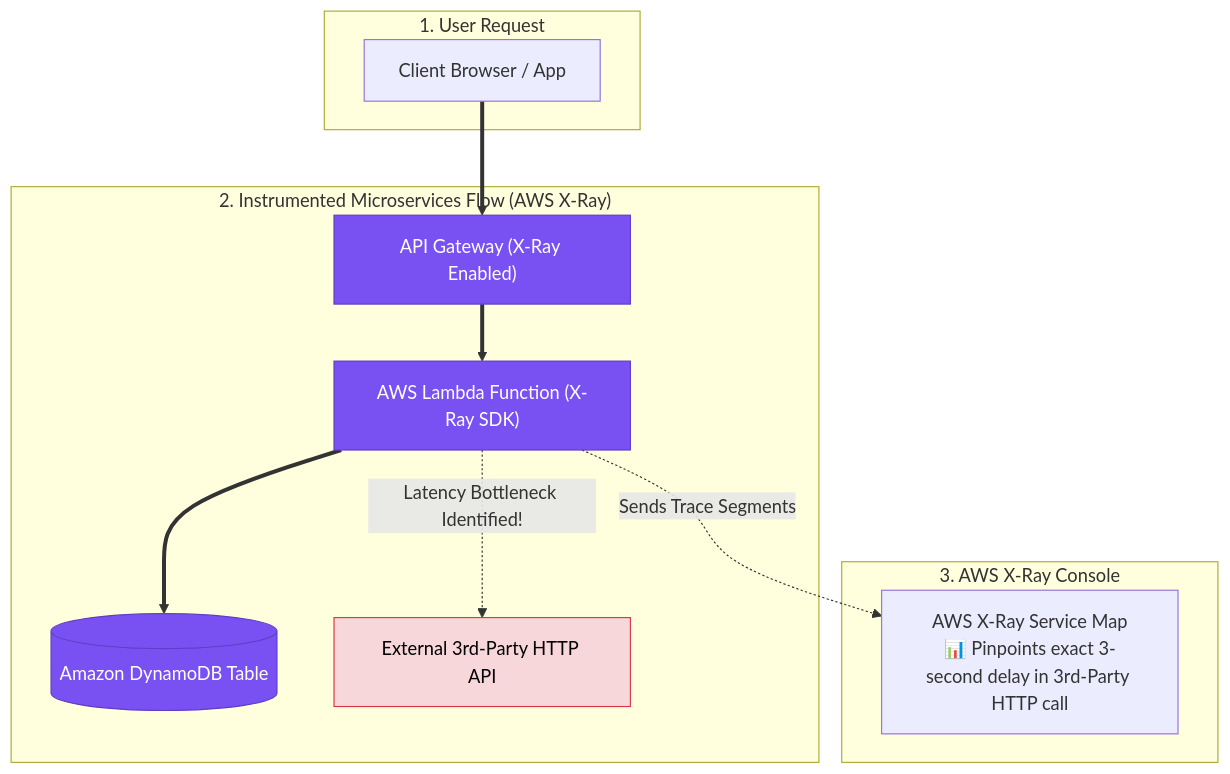
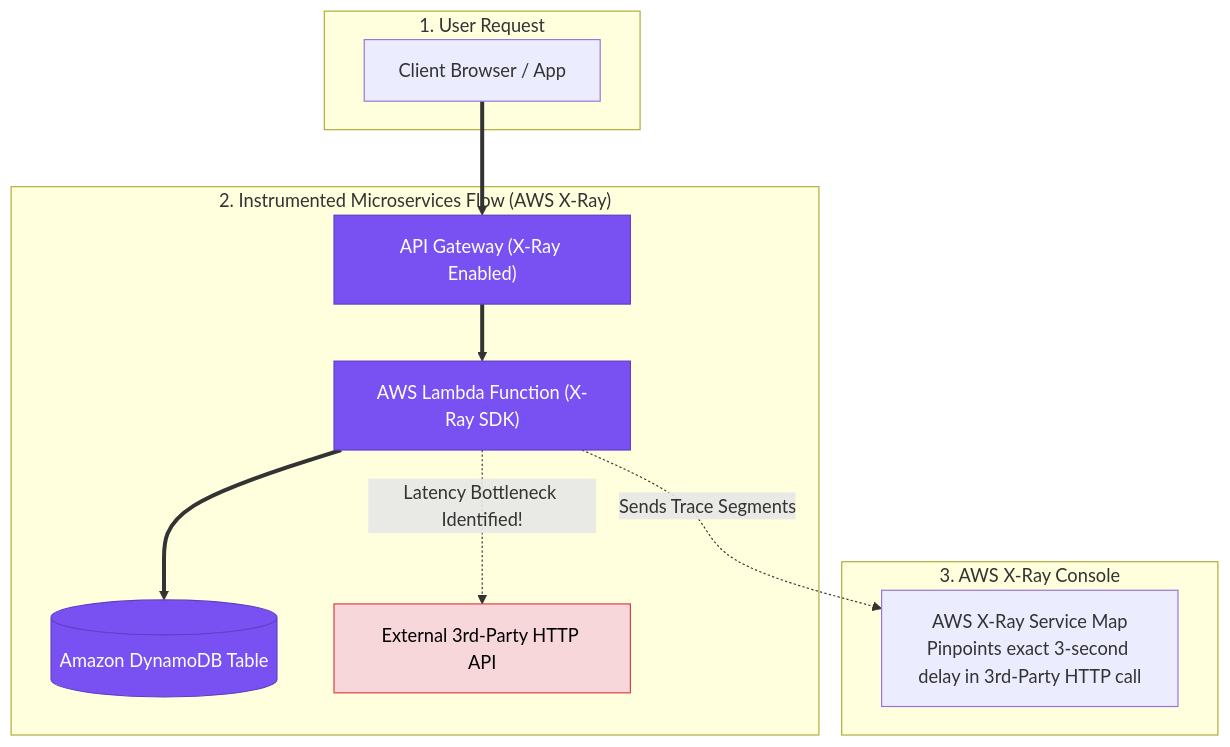
The fifth of 5 diagrams in Professional/3.3 Service level agreements (SLAs) and key performance indicators (KPIs).md (ReginRavi/AIP-C01), drawn with Mermaid before and after one commit. The commit also changed other lines of this file, not shown here.

Commit message:
Fix Mermaid diagram syntax in Scenario 6.1 and 6.2 of SLAs and KPIs note

````diff
--- a/Professional/3.3 Service level agreements (SLAs) and key performance indicators (KPIs).md
+++ b/Professional/3.3 Service level agreements (SLAs) and key performance indicators (KPIs).md
@@ -230,28 +234,29 @@
 ```mermaid
 flowchart TD
     subgraph Client ["1. User Request"]
         User["Client Browser / App"]
     end
 
     subgraph TracedApp ["2. Instrumented Microservices Flow (AWS X-Ray)"]
         APIGW["API Gateway (X-Ray Enabled)"]
         Lambda["AWS Lambda Function (X-Ray SDK)"]
         DynamoDB[("Amazon DynamoDB Table")]
         ExtAPI["External 3rd-Party HTTP API"]
-
-        User ==> APIGW ==> Lambda
-        Lambda ==> DynamoDB
-        Lambda -.->|"Latency Bottleneck Identified!"| ExtAPI
     end
 
     subgraph XRayService ["3. AWS X-Ray Console"]
-        ServiceMap["AWS X-Ray Service Map<br/>📊 Pinpoints exact 3-second delay in 3rd-Party HTTP call"]
-        Lambda -.->|"Sends Trace Segments"| ServiceMap
+        ServiceMap["AWS X-Ray Service Map<br/>Pinpoints exact 3-second delay in 3rd-Party HTTP call"]
     end
+
+    User ==> APIGW
+    APIGW ==> Lambda
+    Lambda ==> DynamoDB
+    Lambda -.->|"Latency Bottleneck Identified!"| ExtAPI
+    Lambda -.->|"Sends Trace Segments"| ServiceMap
 
     classDef trace fill:#7950f2,stroke:#5f3dc4,color:#ffffff;
     classDef bottleneck fill:#f8d7da,stroke:#dc3545,color:#000000;
 
     class APIGW,Lambda,DynamoDB trace;
     class ExtAPI bottleneck;
 ```
````
